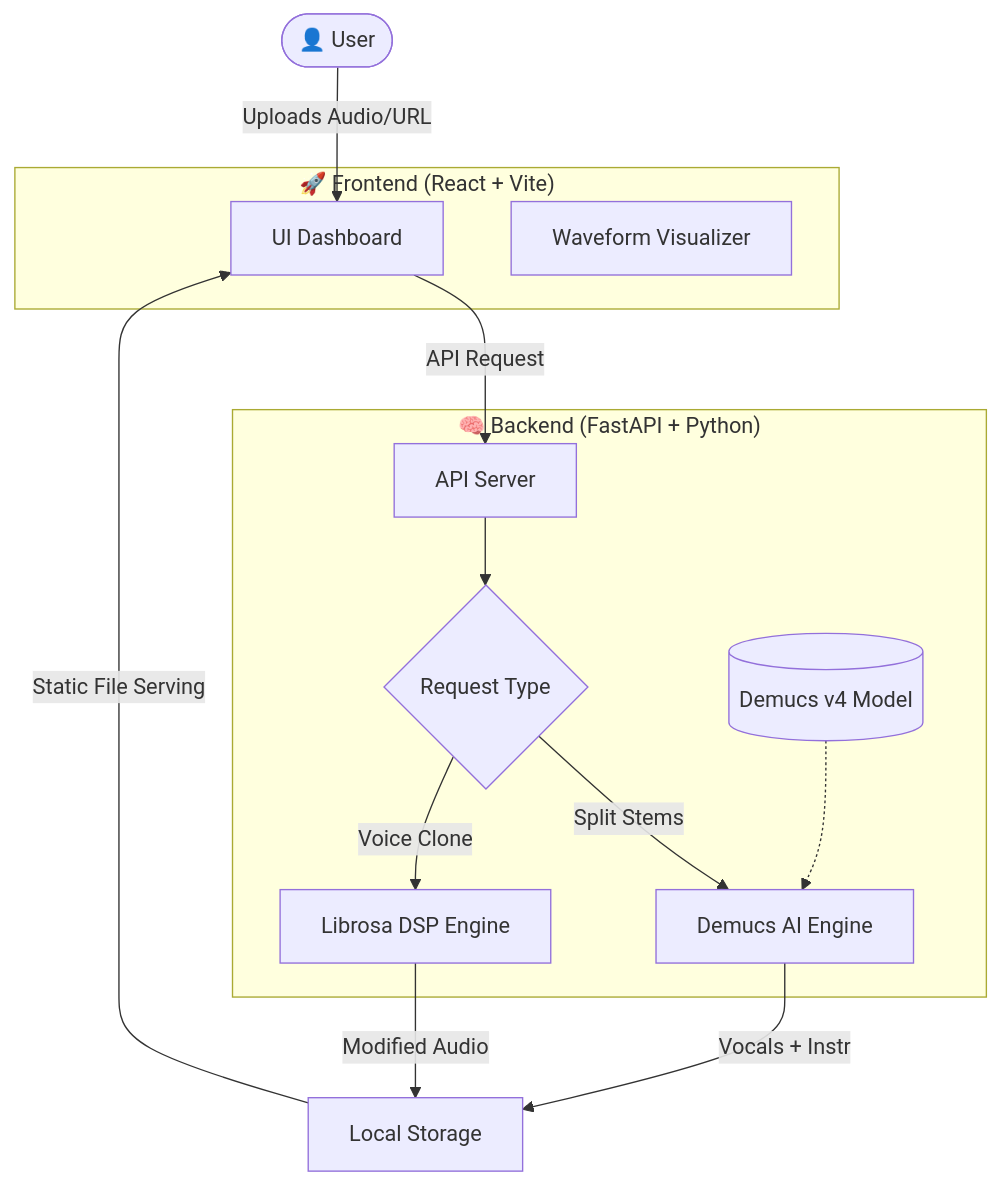
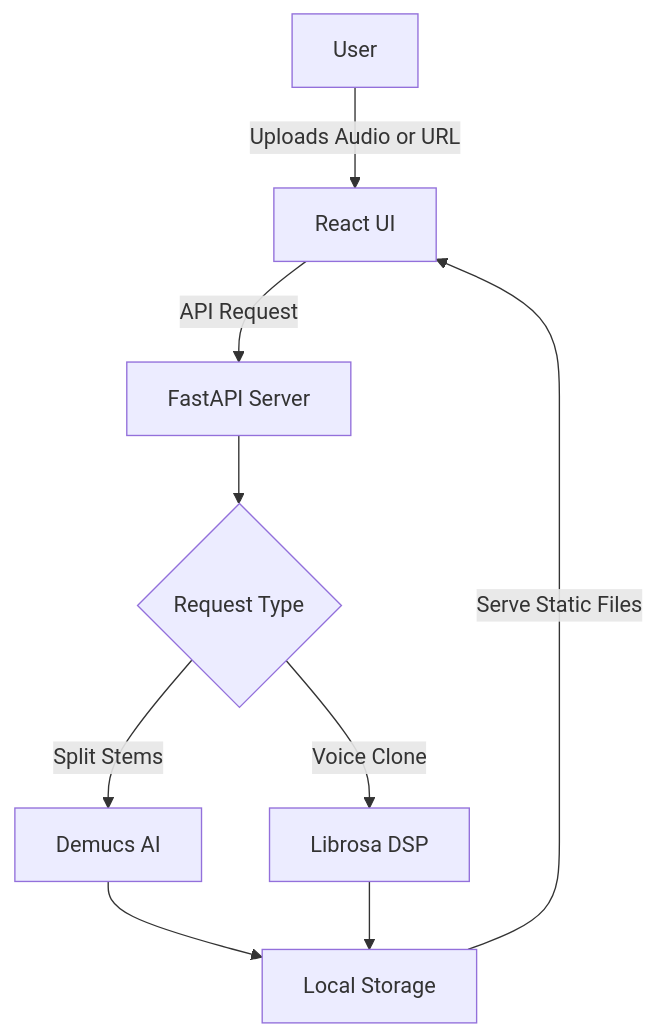
Before and after one commit to graviton711/SoniqStem: the diagram in README.md, drawn with Mermaid. The commit also changed other lines of this file, not shown here.

Commit message:
Docs: Fix Mermaid syntax and remove icons

````diff
--- a/README.md
+++ b/README.md
@@ -36,27 +36,14 @@
 ```mermaid
 graph TD
-    User([👤 User]) -->|Uploads Audio/URL| Frontend
+    User[User] -->|Uploads Audio or URL| Frontend[React UI]
+    Frontend -->|API Request| Backend[FastAPI Server]
     
-    subgraph "🚀 Frontend (React + Vite)"
-        Frontend[UI Dashboard]
-        Waveform[Waveform Visualizer]
-    end
+    Backend --> Router{Request Type}
+    Router -->|Split Stems| Separator[Demucs AI]
+    Router -->|Voice Clone| VoiceLab[Librosa DSP]
     
-    Frontend -->|API Request| Backend
+    Separator --> Storage[Local Storage]
+    VoiceLab --> Storage
     
-    subgraph "🧠 Backend (FastAPI + Python)"
-        Backend[API Server]
-        Router{Request Type}
-        Backend --> Router
-        
-        Router -->|Split Stems| Separator[Demucs AI Engine]
-        Router -->|Voice Clone| VoiceLab[Librosa DSP Engine]
-        
-        separator_model[(Demucs v4 Model)] -.-> Separator
-    end
-    
-    Separator -->|Vocals + Instr| Storage[Local Storage]
-    VoiceLab -->|Modified Audio| Storage
-    
-    Storage -->|Static File Serving| Frontend
+    Storage -->|Serve Static Files| Frontend
 ```
````
